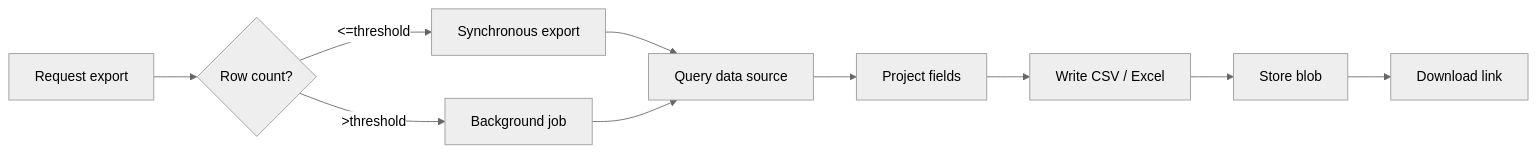
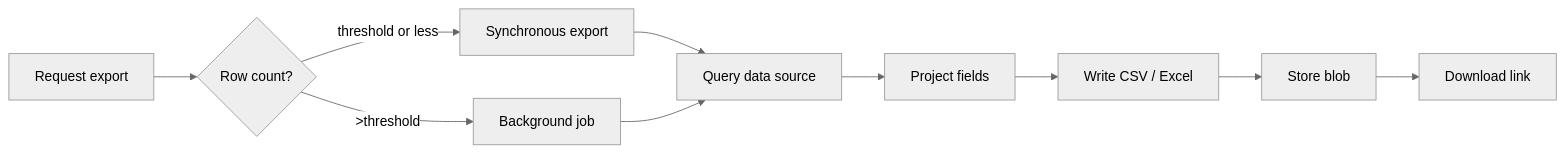
The fourth of 4 diagrams in docs-site/src/content/docs/reference/modules/data-exchange.mdx (enraiz/granit-dotnet), drawn with Mermaid (neutral theme) before and after one commit. The commit also changed other lines of this file and 7 other files, not shown here.

First line of the commit message:
fix(docs): escape angle brackets and HTML tags in Mermaid diagrams

````diff
--- a/docs-site/src/content/docs/reference/modules/data-exchange.mdx
+++ b/docs-site/src/content/docs/reference/modules/data-exchange.mdx
@@ -301,12 +301,12 @@
 ```mermaid
 flowchart LR
     A[Request export] --> B{Row count?}
-    B -- "<=threshold" --> C[Synchronous export]
+    B -- "threshold or less" --> C[Synchronous export]
     B -- ">threshold" --> D[Background job]
     C --> E[Query data source]
     D --> E
     E --> F[Project fields]
     F --> G[Write CSV / Excel]
     G --> H[Store blob]
     H --> I[Download link]
 ```
````
